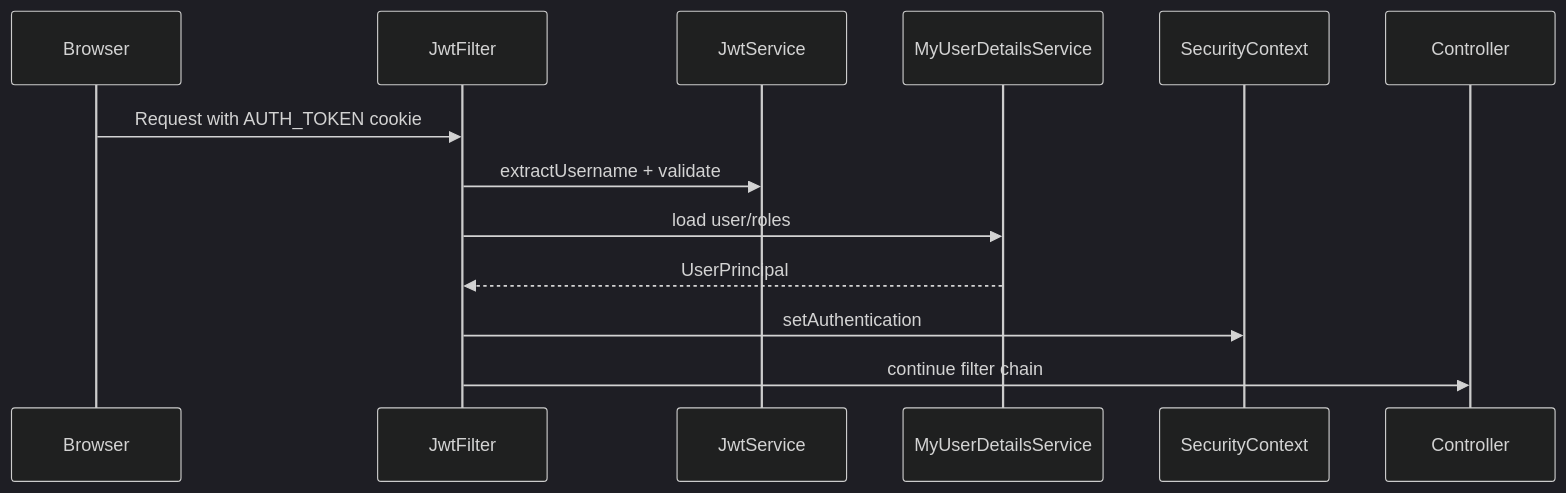
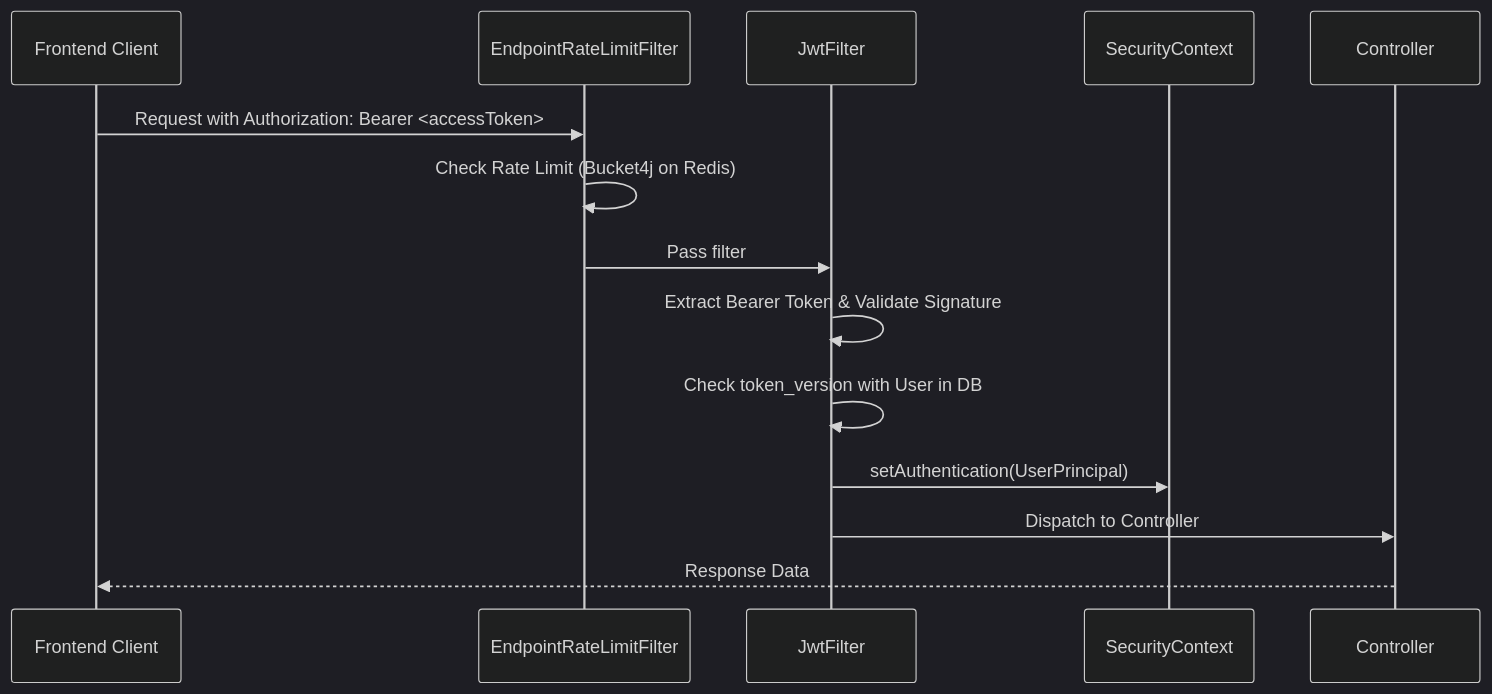
One commit to phananhkhang/Ladux changed the third of 3 diagrams in docs/02-kien-truc-backend.md. Above: the diagram before and after it, drawn with Mermaid (dark theme). The commit also changed other lines of this file, not shown here.

````diff
--- a/docs/02-kien-truc-backend.md
+++ b/docs/02-kien-truc-backend.md
@@ -241,16 +176,17 @@
 ```mermaid
 sequenceDiagram
-    participant B as Browser
-    participant F as JwtFilter
-    participant J as JwtService
-    participant U as MyUserDetailsService
-    participant S as SecurityContext
-    participant C as Controller
+    participant Client as Frontend Client
+    participant Rate as EndpointRateLimitFilter
+    participant Filter as JwtFilter
+    participant Sec as SecurityContext
+    participant Ctrl as Controller
 
-    B->>F: Request with AUTH_TOKEN cookie
-    F->>J: extractUsername + validate
-    F->>U: load user/roles
-    U-->>F: UserPrincipal
-    F->>S: setAuthentication
-    F->>C: continue filter chain
+    Client->>Rate: Request with Authorization: Bearer <accessToken>
+    Rate->>Rate: Check Rate Limit (Bucket4j on Redis)
+    Rate->>Filter: Pass filter
+    Filter->>Filter: Extract Bearer Token & Validate Signature
+    Filter->>Filter: Check token_version with User in DB
+    Filter->>Sec: setAuthentication(UserPrincipal)
+    Filter->>Ctrl: Dispatch to Controller
+    Ctrl-->>Client: Response Data
 ```
````
